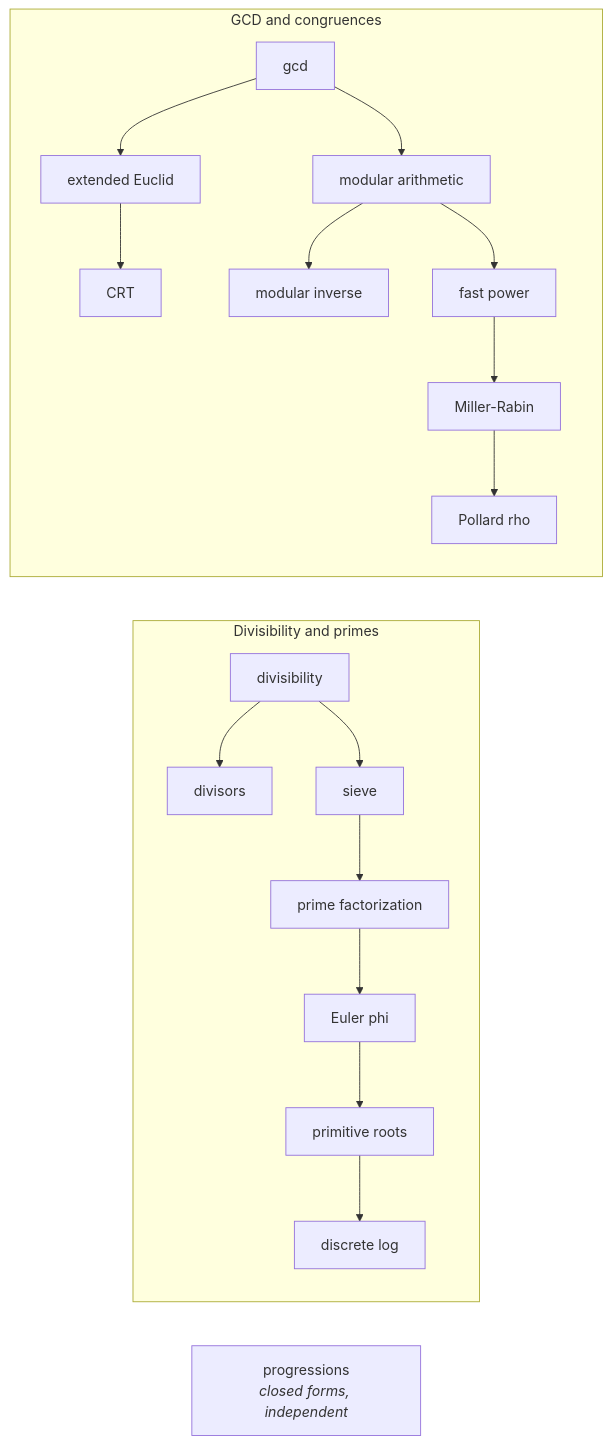
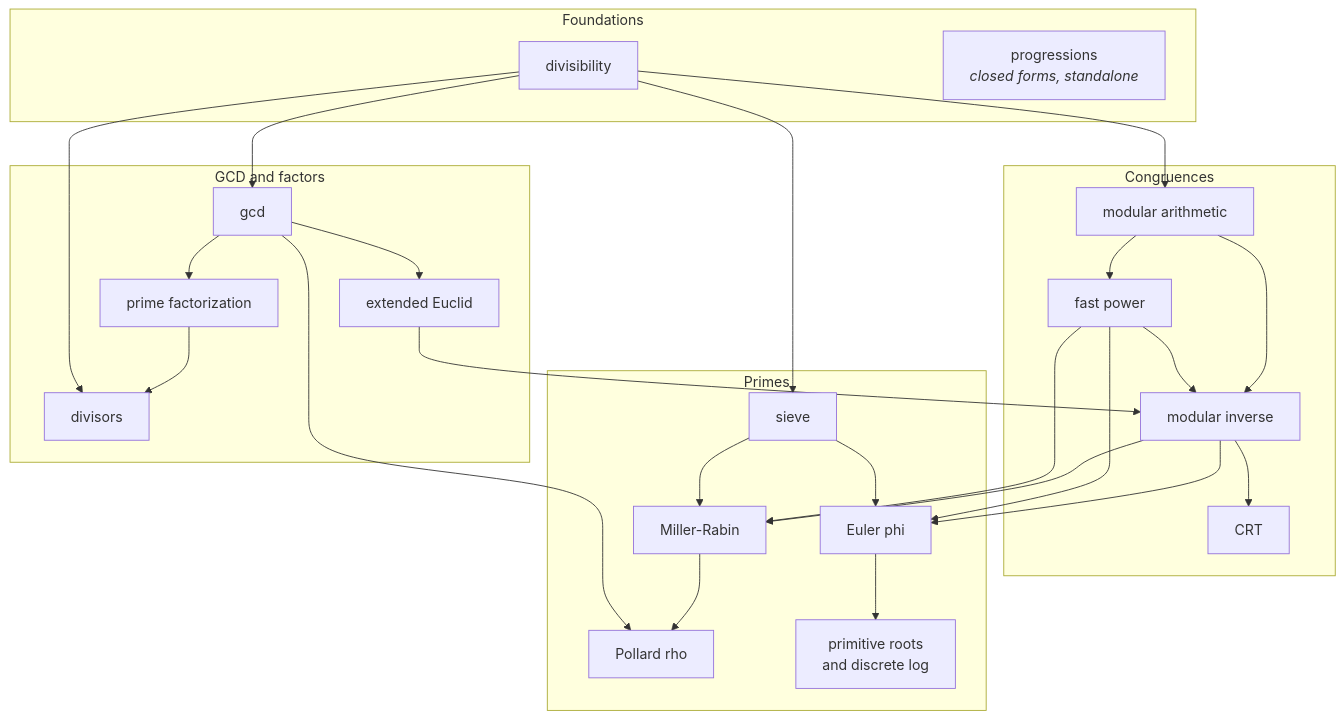
One commit to baraafanah21/NumberTheory changed the diagram in connections/README.md. Above: the diagram before and after it, drawn with Mermaid. The commit also changed other lines of this file, not shown here.

Commit message:
connections: redraw the map from each concept's Needs

````diff
--- a/connections/README.md
+++ b/connections/README.md
@@ -11,23 +11,38 @@
 ```mermaid
-flowchart LR
-    subgraph div ["Divisibility and primes"]
-        DIV["divisibility"] --> DVS["divisors"]
-        DIV --> SV["sieve"]
-        SV --> PF["prime factorization"]
-        PF --> PHI["Euler phi"]
-        PHI --> PR["primitive roots"]
-        PR --> DL["discrete log"]
+flowchart TD
+    subgraph foundations ["Foundations"]
+        DIV["divisibility"]
+        PROG["progressions<br/><i>closed forms, standalone</i>"]
     end
 
-    subgraph mod ["GCD and congruences"]
-        GCD["gcd"] --> EE["extended Euclid"]
-        EE --> CRT["CRT"]
-        GCD --> MA["modular arithmetic"]
-        MA --> INV["modular inverse"]
-        MA --> FP["fast power"]
-        FP --> MR["Miller-Rabin"]
-        MR --> RHO["Pollard rho"]
+    subgraph gcdtrack ["GCD and factors"]
+        GCD["gcd"] --> PF["prime factorization"]
+        GCD --> EE["extended Euclid"]
+        PF --> DVS["divisors"]
     end
 
-    PROG["progressions<br/><i>closed forms, independent</i>"]
+    subgraph modtrack ["Congruences"]
+        MA["modular arithmetic"] --> FP["fast power"]
+        MA --> INV["modular inverse"]
+        FP --> INV
+        INV --> CRT["CRT"]
+    end
+
+    subgraph primetrack ["Primes"]
+        SV["sieve"] --> MR["Miller-Rabin"]
+        MR --> RHO["Pollard rho"]
+        SV --> PHI["Euler phi"]
+        PHI --> PR["primitive roots<br/>and discrete log"]
+    end
+
+    DIV --> GCD
+    DIV --> DVS
+    DIV --> MA
+    DIV --> SV
+    EE --> INV
+    INV --> PHI
+    FP --> PHI
+    INV --> MR
+    FP --> MR
+    GCD --> RHO
 ```
````
